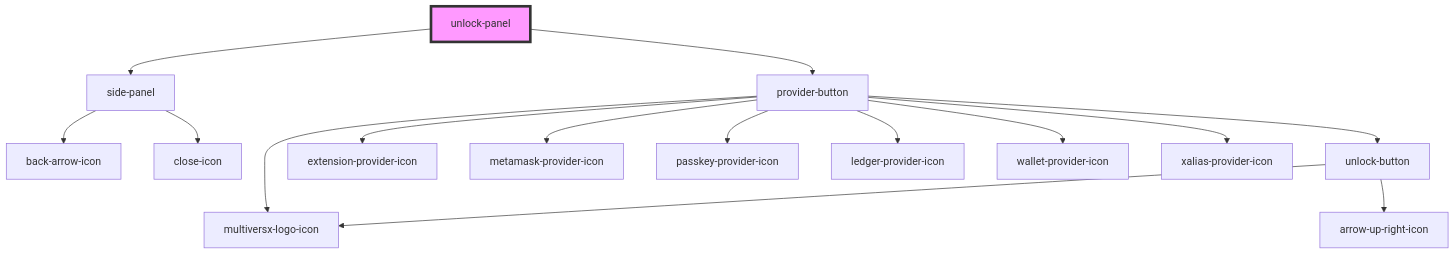
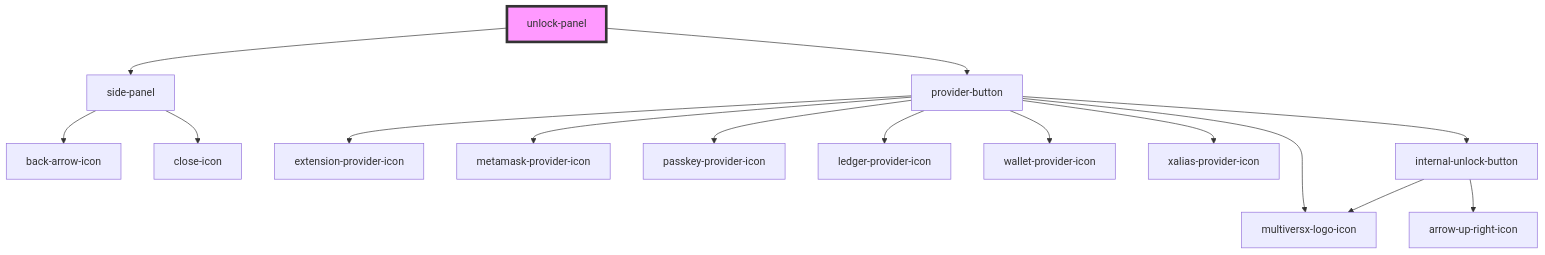
One commit to multiversx/mx-sdk-dapp-ui changed the diagram in src/components/visual/unlock-panel/readme.md. Above: the diagram before and after it, drawn with Mermaid. The commit also changed 10 other files, not shown here.

````diff
--- a/src/components/visual/unlock-panel/readme.md
+++ b/src/components/visual/unlock-panel/readme.md
@@ -32,18 +32,18 @@
 ```mermaid
 graph TD;
   unlock-panel --> side-panel
   unlock-panel --> provider-button
   side-panel --> back-arrow-icon
   side-panel --> close-icon
-  provider-button --> unlock-button
   provider-button --> extension-provider-icon
   provider-button --> metamask-provider-icon
   provider-button --> passkey-provider-icon
   provider-button --> multiversx-logo-icon
   provider-button --> ledger-provider-icon
   provider-button --> wallet-provider-icon
   provider-button --> xalias-provider-icon
-  unlock-button --> multiversx-logo-icon
-  unlock-button --> arrow-up-right-icon
+  provider-button --> internal-unlock-button
+  internal-unlock-button --> multiversx-logo-icon
+  internal-unlock-button --> arrow-up-right-icon
   style unlock-panel fill:#f9f,stroke:#333,stroke-width:4px
 ```
````
